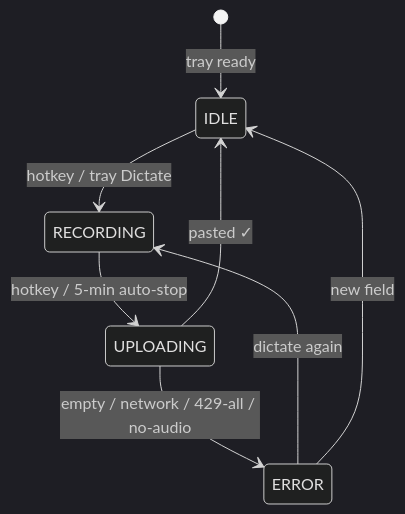
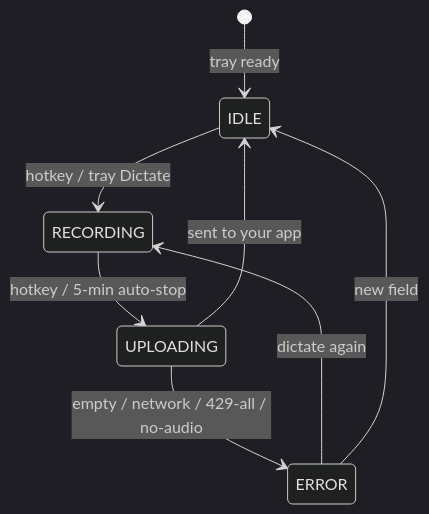
One commit to arvindg4u/voice-ime-windows changed the second of 2 diagrams in README.md. Above: the diagram before and after it, drawn with Mermaid (dark theme).

Commit message:
docs: align the state diagram with the tray message
The diagram still showed 'pasted ✓', which v1.0.2 changed to 'sent to your app'
— SendInput cannot confirm delivery, so claiming a paste was an overstatement
the docs should not repeat.

````diff
--- a/README.md
+++ b/README.md
@@ -222,10 +222,10 @@
 ```mermaid
 stateDiagram-v2
     [*] --> IDLE : tray ready
     IDLE --> RECORDING : hotkey / tray Dictate
     RECORDING --> UPLOADING : hotkey / 5-min auto-stop
-    UPLOADING --> IDLE : pasted ✓
+    UPLOADING --> IDLE : sent to your app
     UPLOADING --> ERROR : empty / network / 429-all / no-audio
     ERROR --> RECORDING : dictate again
     ERROR --> IDLE : new field
 ```
````
